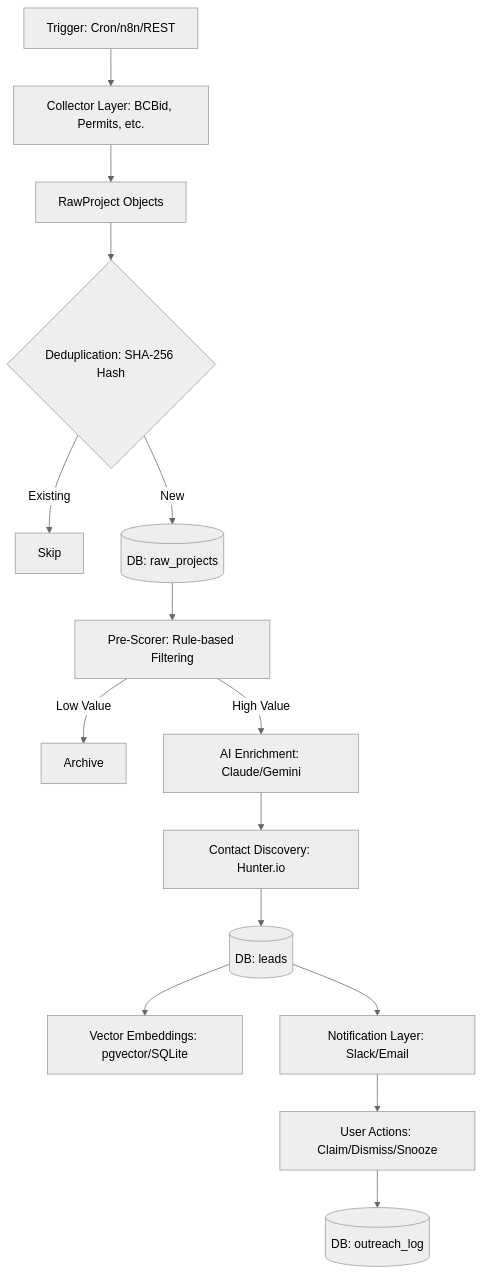
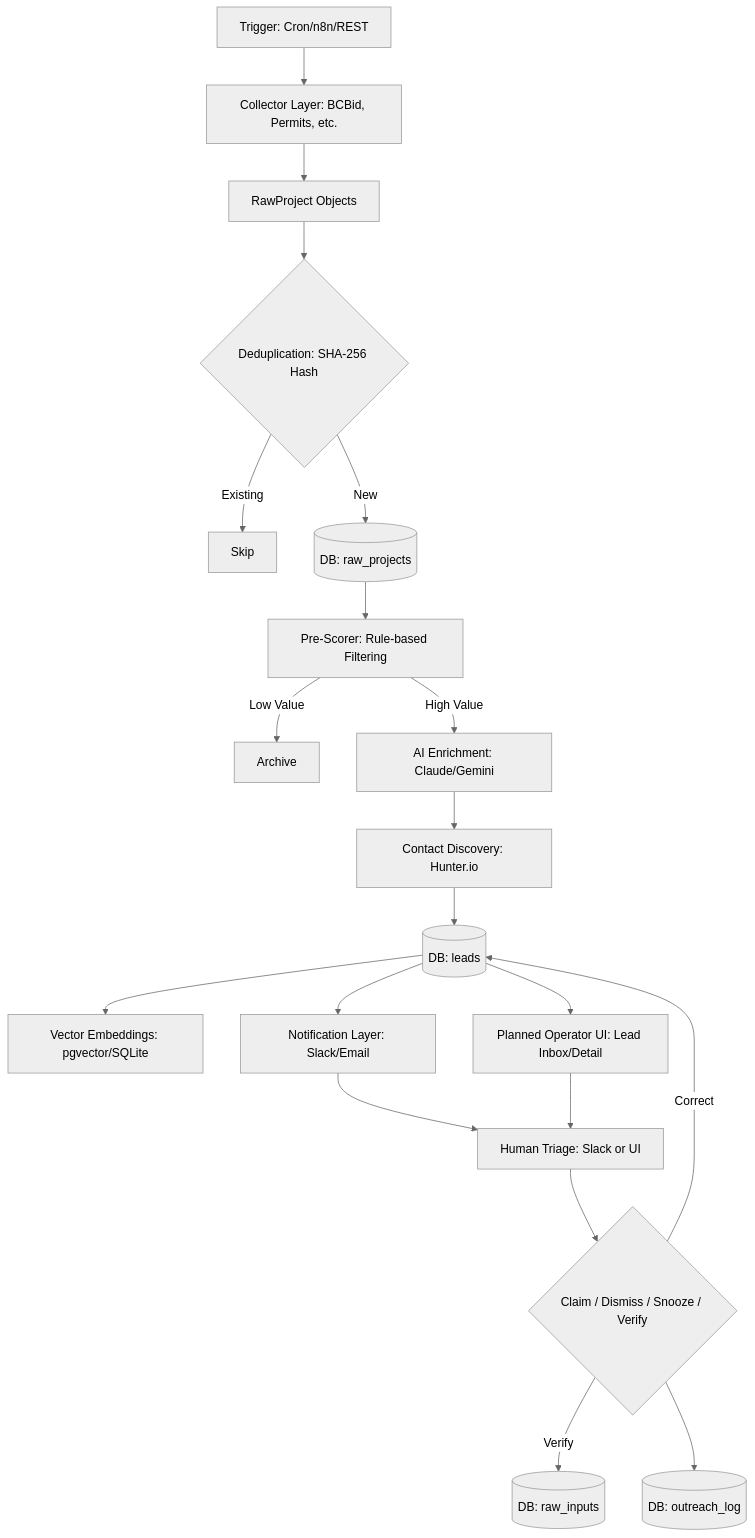
One commit to alvindcastro/groupscout changed the first of 2 diagrams in docs/DATA_FLOW.md. Above: the diagram before and after it, drawn with Mermaid (neutral theme). The commit also changed other lines of this file and 7 other files, not shown here.

````diff
--- a/docs/DATA_FLOW.md
+++ b/docs/DATA_FLOW.md
@@ -12,17 +12,22 @@
 ```mermaid
 graph TD
     Trigger[Trigger: Cron/n8n/REST] --> Collector[Collector Layer: BCBid, Permits, etc.]
     Collector --> Raw[RawProject Objects]
     Raw --> Dedup{Deduplication: SHA-256 Hash}
     Dedup -- Existing --> Skip[Skip]
     Dedup -- New --> RawStorage[(DB: raw_projects)]
     RawStorage --> PreScorer[Pre-Scorer: Rule-based Filtering]
     PreScorer -- Low Value --> Archive[Archive]
     PreScorer -- High Value --> Enrichment[AI Enrichment: Claude/Gemini]
     Enrichment --> Hunter[Contact Discovery: Hunter.io]
     Hunter --> LeadStore[(DB: leads)]
     LeadStore --> Embedding[Vector Embeddings: pgvector/SQLite]
     LeadStore --> Notifier[Notification Layer: Slack/Email]
-    Notifier --> User[User Actions: Claim/Dismiss/Snooze]
-    User --> OutreachLog[(DB: outreach_log)]
+    LeadStore --> AdminUI[Planned Operator UI: Lead Inbox/Detail]
+    Notifier --> Triage[Human Triage: Slack or UI]
+    AdminUI --> Triage
+    Triage --> Decision{Claim / Dismiss / Snooze / Verify}
+    Decision -- Verify --> RawAudit[(DB: raw_inputs)]
+    Decision -- Correct --> LeadStore
+    Decision --> OutreachLog[(DB: outreach_log)]
 ```
````
